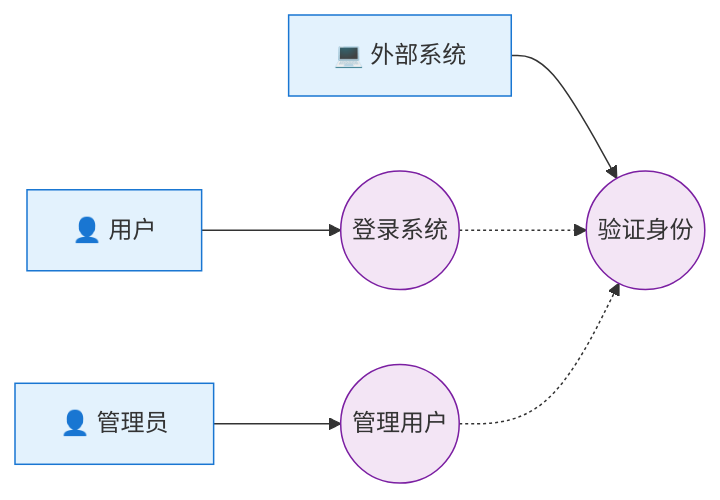
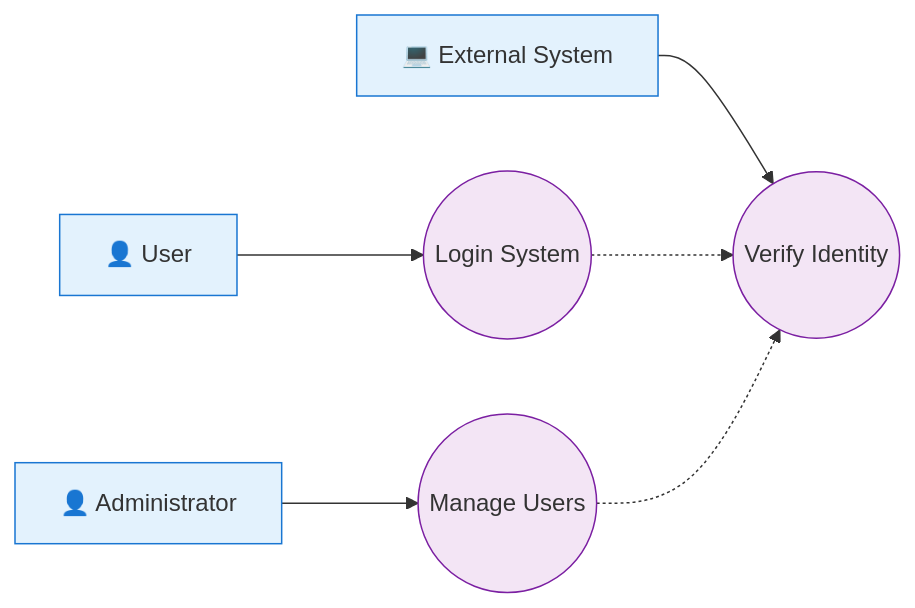
The second of 2 diagrams in rules/specialists/content/use_case_writer.md (TestAny-io/srs-writer-plugin), drawn with Mermaid before and after one commit. The commit also changed other lines of this file and 33 other files, not shown here.

````diff
--- a/rules/specialists/content/use_case_writer.md
+++ b/rules/specialists/content/use_case_writer.md
@@ -309,27 +343,27 @@
 ```mermaid
 flowchart LR
-    %% 参与者定义
-    User[👤 用户]
-    Admin[👤 管理员]
-    System[💻 外部系统]
+    %% Actor Definition
+    User[👤 User]
+    Admin[👤 Administrator]
+    System[💻 External System]
     
-    %% 用例定义
-    UC001((登录系统))
-    UC002((管理用户))
-    UC003((验证身份))
+    %% Use Case Definition
+    UC001((Login System))
+    UC002((Manage Users))
+    UC003((Verify Identity))
     
-    %% 关系
+    %% Relationship
     User --> UC001
     Admin --> UC002
     System --> UC003
     
-    %% Include关系
+    %% Include Relationship
     UC001 -.-> UC003
     UC002 -.-> UC003
     
-    %% 样式（可选）
+    %% Style (Optional)
     classDef actor fill:#e3f2fd,stroke:#1976d2
     classDef usecase fill:#f3e5f5,stroke:#7b1fa2
     class User,Admin,System actor
     class UC001,UC002,UC003 usecase
 ```
````
